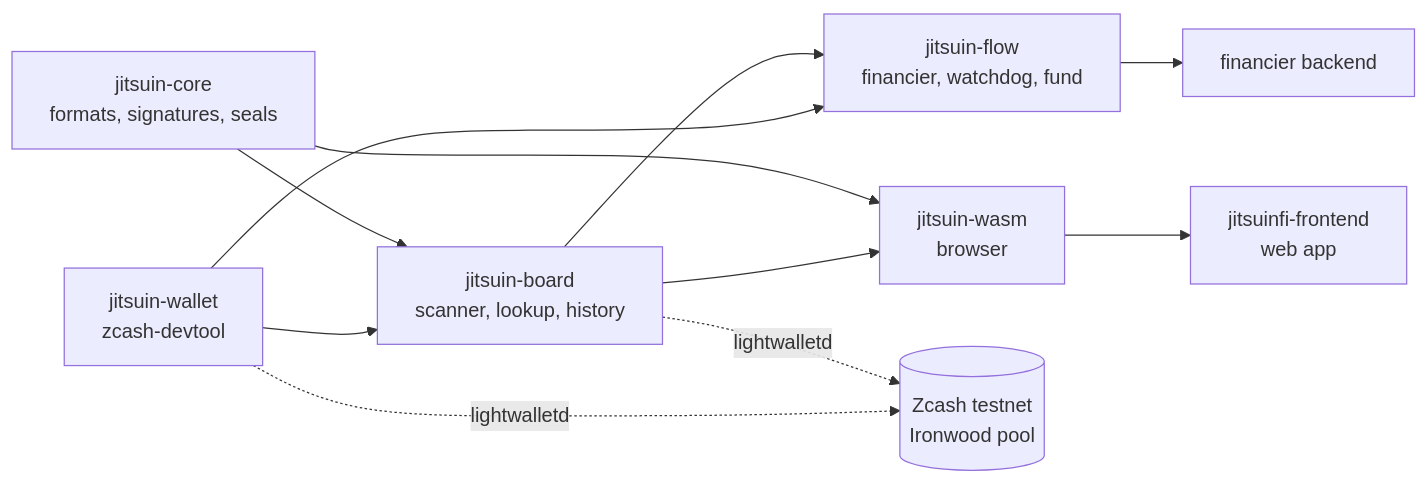
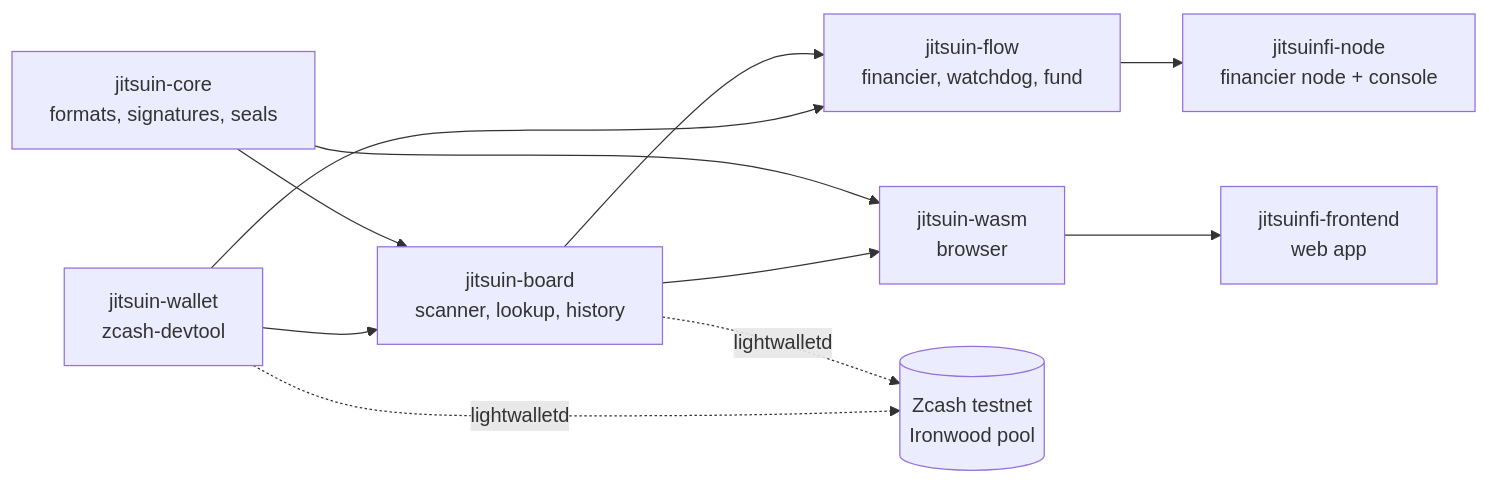
One commit to JitsuinFi/jitsuinfi-zcash changed the second of 2 diagrams in README.md. Above: the diagram before and after it, drawn with Mermaid. The commit also changed other lines of this file, not shown here.

````diff
--- a/README.md
+++ b/README.md
@@ -136,13 +152,13 @@
 ```mermaid
 flowchart LR
     core[jitsuin-core<br/>formats, signatures, seals] --> board[jitsuin-board<br/>scanner, lookup, history]
     core --> wasm[jitsuin-wasm<br/>browser]
     board --> flow[jitsuin-flow<br/>financier, watchdog, fund]
     wallet[jitsuin-wallet<br/>zcash-devtool] --> board
     wallet --> flow
     board --> wasm
     wasm --> fe[jitsuinfi-frontend<br/>web app]
-    flow --> be[financier backend]
+    flow --> be[jitsuinfi-node<br/>financier node + console]
     board -. lightwalletd .-> zec[(Zcash testnet<br/>Ironwood pool)]
     wallet -. lightwalletd .-> zec
 ```
````
